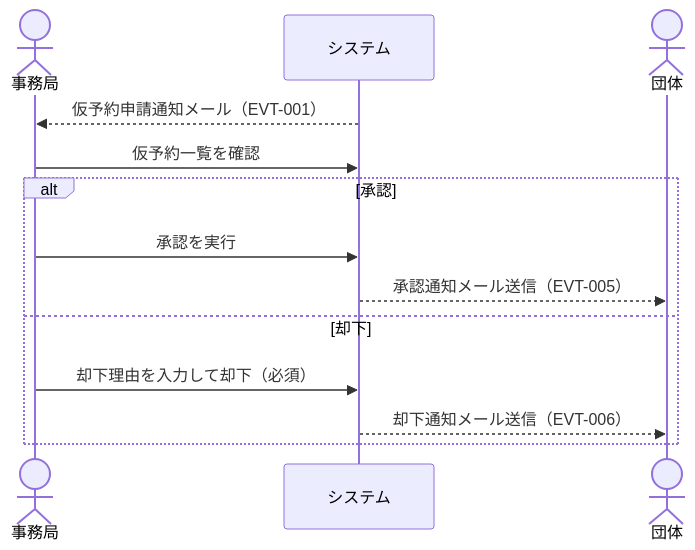
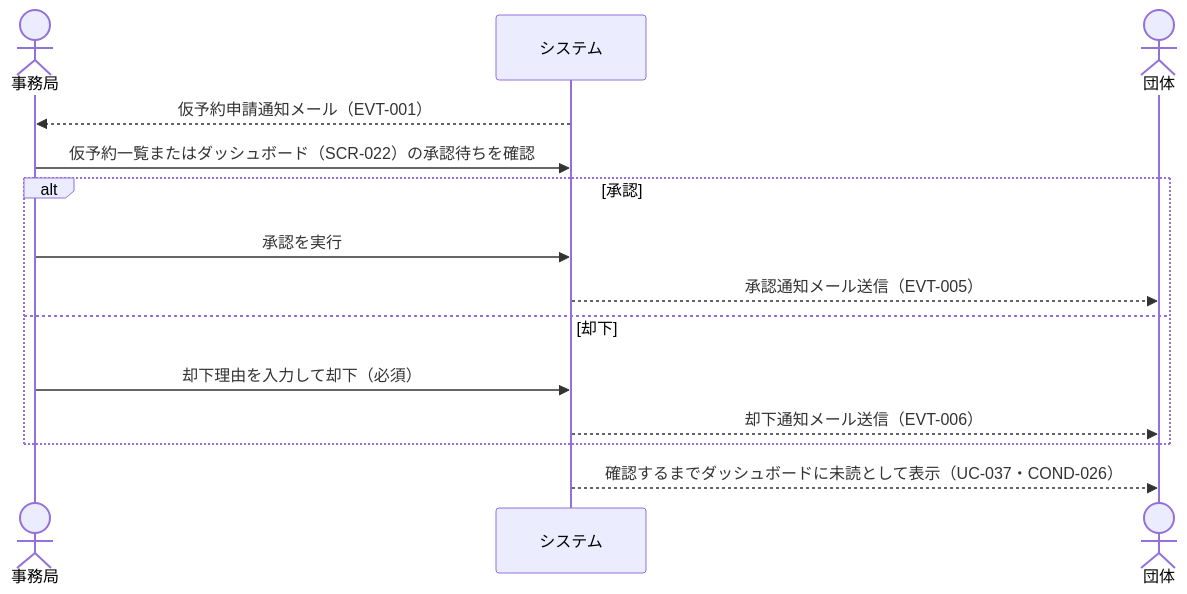
Before and after one commit to gdsc-osaka/iclub-reserve: the second of 5 diagrams in rdra/contexts/reservation-approval.md, drawn with Mermaid. The commit also changed other lines of this file and 8 other files, not shown here.

````diff
--- a/rdra/contexts/reservation-approval.md
+++ b/rdra/contexts/reservation-approval.md
@@ -202,16 +229,17 @@
 ```mermaid
 sequenceDiagram
     actor 事務局
     participant システム
     actor 団体
 
     システム-->>事務局: 仮予約申請通知メール（EVT-001）
-    事務局->>システム: 仮予約一覧を確認
+    事務局->>システム: 仮予約一覧またはダッシュボード（SCR-022）の承認待ちを確認
     alt 承認
         事務局->>システム: 承認を実行
         システム-->>団体: 承認通知メール送信（EVT-005）
     else 却下
         事務局->>システム: 却下理由を入力して却下（必須）
         システム-->>団体: 却下通知メール送信（EVT-006）
     end
+    システム-->>団体: 確認するまでダッシュボードに未読として表示（UC-037・COND-026）
 ```
````
